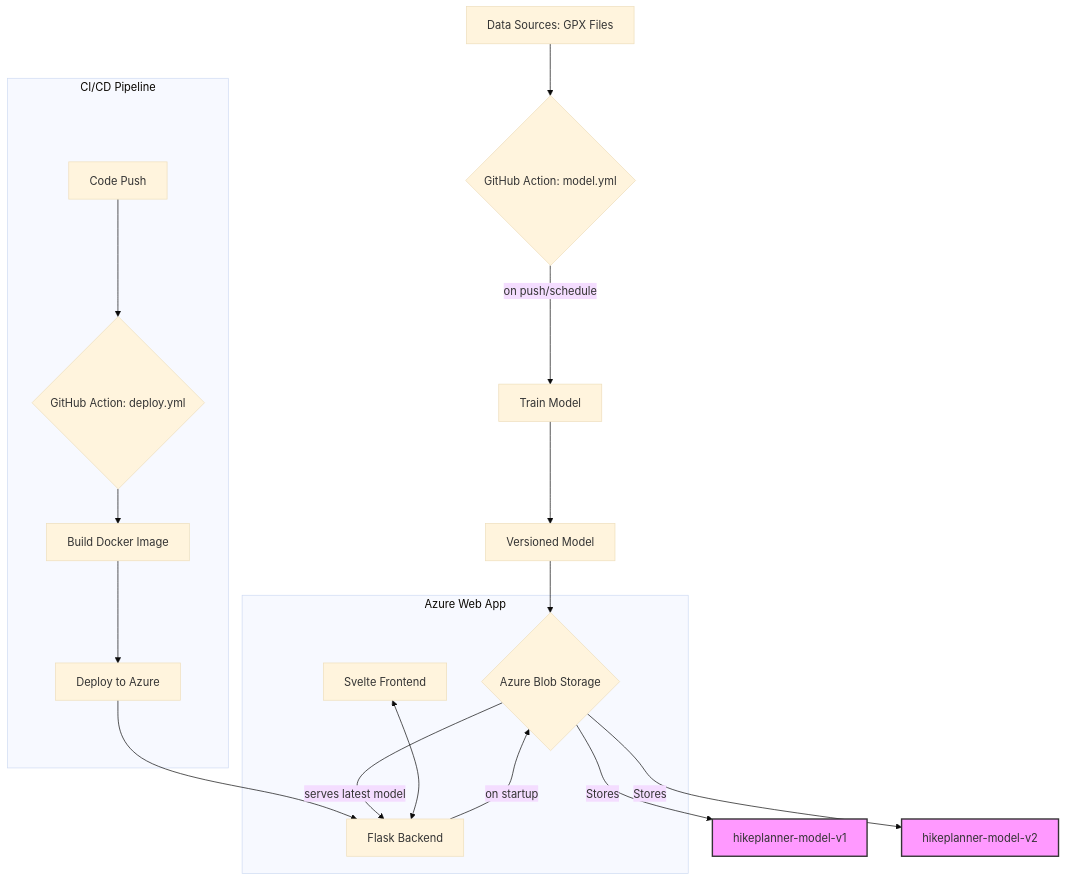
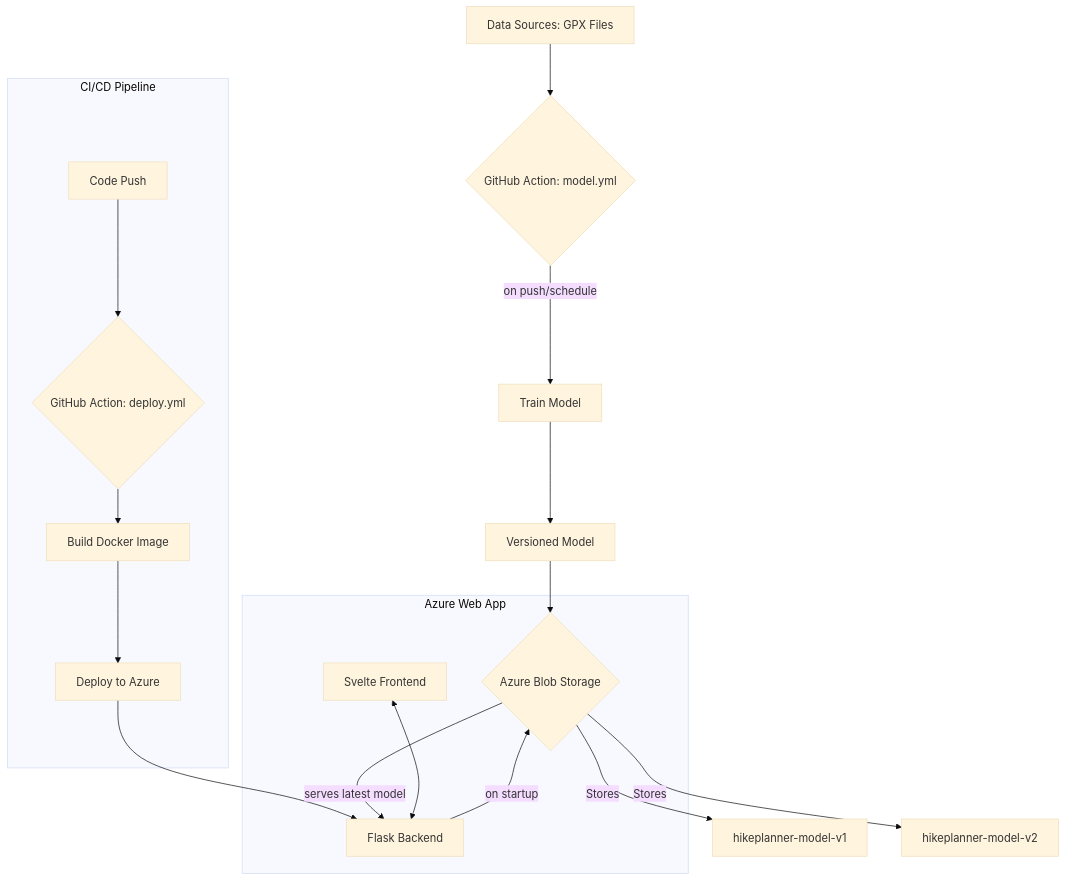
The diagram in README.md (MergimGara/MDM-Projekt1-HikePlanner), drawn with Mermaid (base theme) before and after one commit. The commit also changed other lines of this file, not shown here.

````diff
--- a/README.md
+++ b/README.md
@@ -14,26 +29,23 @@
 ```mermaid
 graph TD
     A[Data Sources: GPX Files] --> B{GitHub Action: model.yml};
     B -- on push/schedule --> C[Train Model];
     C --> D[Versioned Model];
     D --> E{Azure Blob Storage};
     E -- Stores --> F[hikeplanner-model-v1];
     E -- Stores --> G[hikeplanner-model-v2];
     
     subgraph "CI/CD Pipeline"
         H[Code Push] --> I{GitHub Action: deploy.yml};
         I --> J[Build Docker Image];
         J --> K[Deploy to Azure];
     end
 
     subgraph "Azure Web App"
         M[Flask Backend];
         K --> M;
         M -- on startup --> E;
         E -- serves latest model --> M;
         L[Svelte Frontend] <--> M;
     end
-
-    style F fill:#f9f,stroke:#333,stroke-width:2px
-    style G fill:#f9f,stroke:#333,stroke-width:2px
 ```
````
